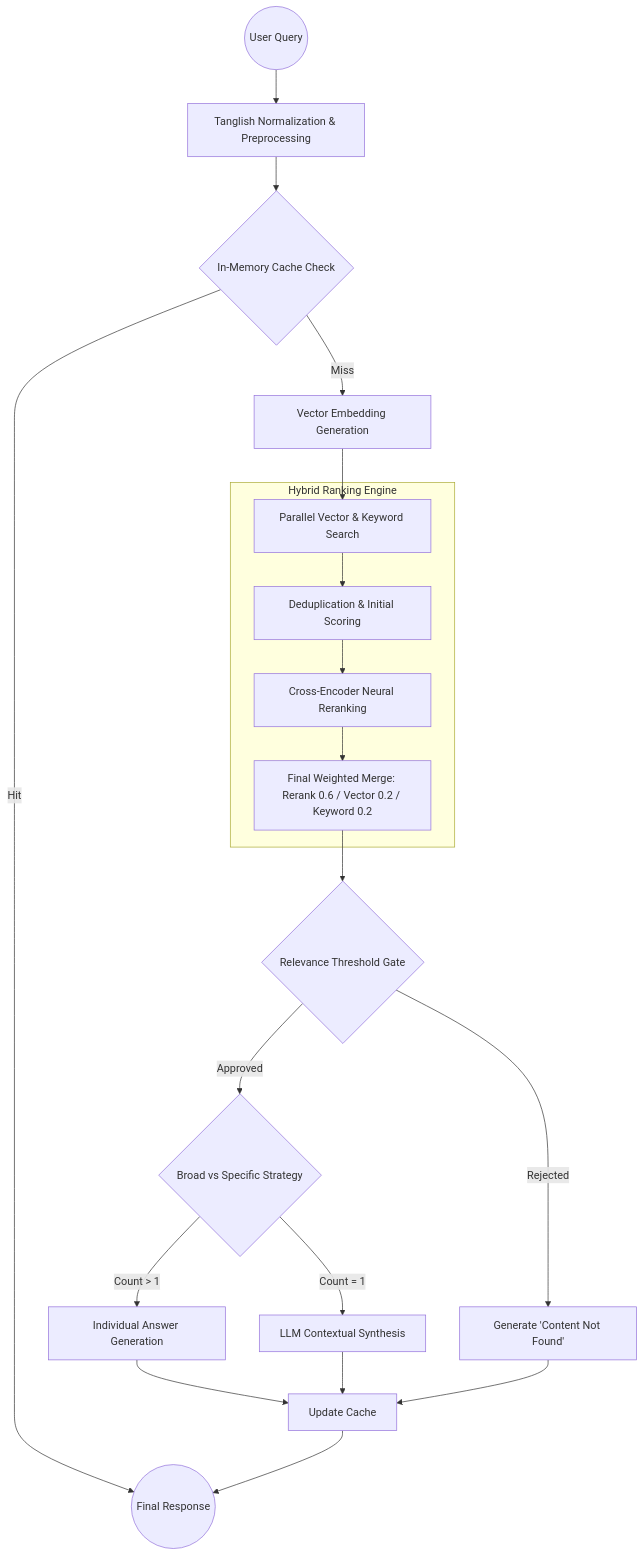
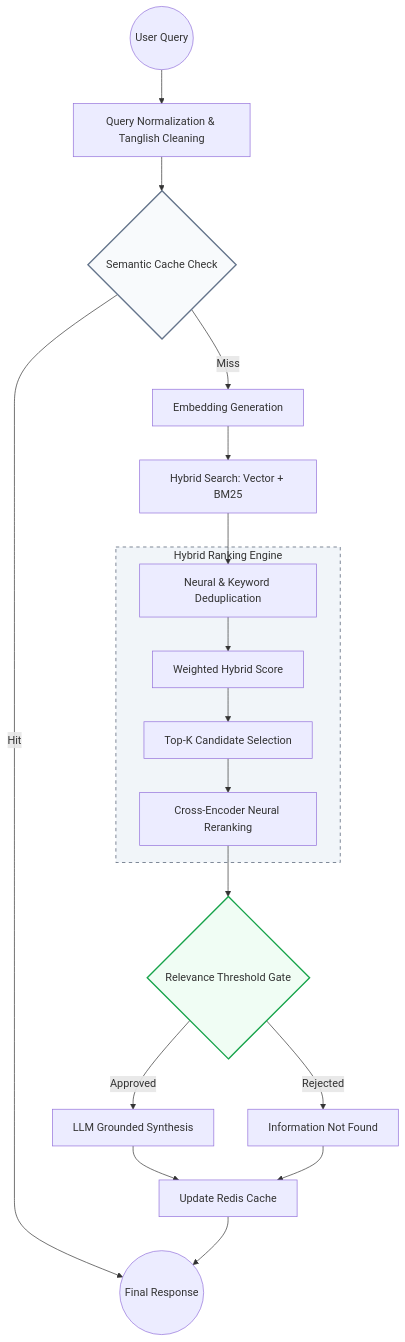
The first of 3 diagrams in README.md (nandhini9074-create/RAG-system), drawn with Mermaid before and after one commit. The commit also changed other lines of this file, not shown here.

````diff
--- a/README.md
+++ b/README.md
@@ -40,35 +76,35 @@
 ```mermaid
 graph TD
     %% Entry
-    Input((User Query)) --> PreProc[Tanglish Normalization & Preprocessing]
+    Input((User Query)) --> PreProc[Query Normalization & Tanglish Cleaning]
     
-    %% Cache Layer
-    PreProc --> Cache{In-Memory Cache Check}
+    %% Semantic Cache
+    PreProc --> Cache{Semantic Cache Check}
     Cache -- Hit --> Output((Final Response))
     
-    %% Retrieval Layer
-    Cache -- Miss --> VectorGen[Vector Embedding Generation]
-    VectorGen --> ParallelSearch[Parallel Vector & Keyword Search]
+    %% Retrieval
+    Cache -- Miss --> VectorGen[Embedding Generation]
+    VectorGen --> ParallelSearch[Hybrid Search: Vector + BM25]
+    ParallelSearch --> Dedup[Neural & Keyword Deduplication]
     
-    %% Scoring Strategy
+    %% Scoring
     subgraph Hybrid_Ranking_Engine [Hybrid Ranking Engine]
-        ParallelSearch --> Dedup[Deduplication & Initial Scoring]
-        Dedup --> CrossRank[Cross-Encoder Neural Reranking]
-        CrossRank --> FinalWeight[Final Weighted Merge: Rerank 0.6 / Vector 0.2 / Keyword 0.2]
+        Dedup --> InitialRank[Weighted Hybrid Score]
+        InitialRank --> Selection[Top-K Candidate Selection]
+        Selection --> CrossRank[Cross-Encoder Neural Reranking]
     end
     
-    %% Quality Control
-    FinalWeight --> RelGate{Relevance Threshold Gate}
-    RelGate -- Rejected --> NullState[Generate 'Content Not Found']
-    RelGate -- Approved --> Strategy{Broad vs Specific Strategy}
-    
     %% Generation
-    Strategy -- Count > 1 --> MultiAns[Individual Answer Generation]
-    Strategy -- Count = 1 --> Synthesis[LLM Contextual Synthesis]
+    CrossRank --> RelGate{Relevance Threshold Gate}
+    RelGate -- Rejected --> NullState[Information Not Found]
+    RelGate -- Approved --> ContextSynth[LLM Grounded Synthesis]
     
     %% Exit
-    MultiAns --> UpdateCache[Update Cache]
-    Synthesis --> UpdateCache
+    ContextSynth --> UpdateCache[Update Redis Cache]
     NullState --> UpdateCache
     UpdateCache --> Output
+
+    style Cache fill:#f8fafc,stroke:#64748b,stroke-width:2px
+    style RelGate fill:#f0fdf4,stroke:#16a34a,stroke-width:2px
+    style Hybrid_Ranking_Engine fill:#f1f5f9,stroke:#475569,stroke-dasharray: 5 5
 ```
````
